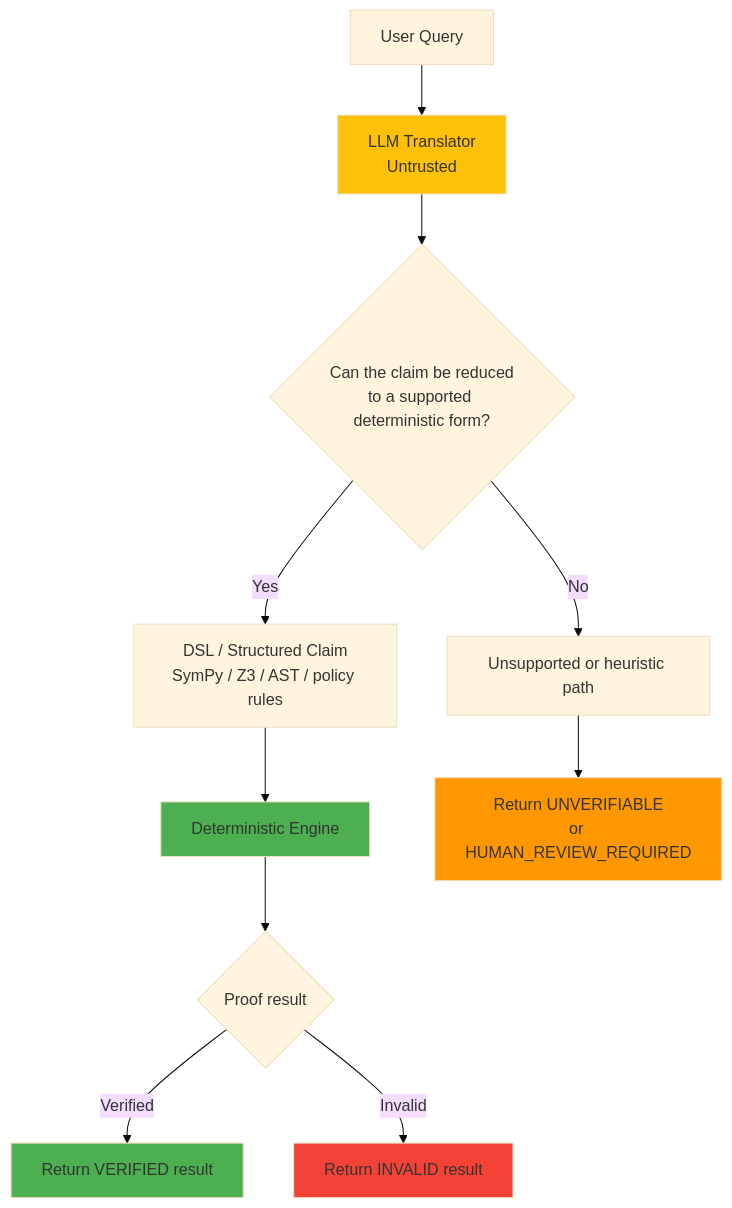
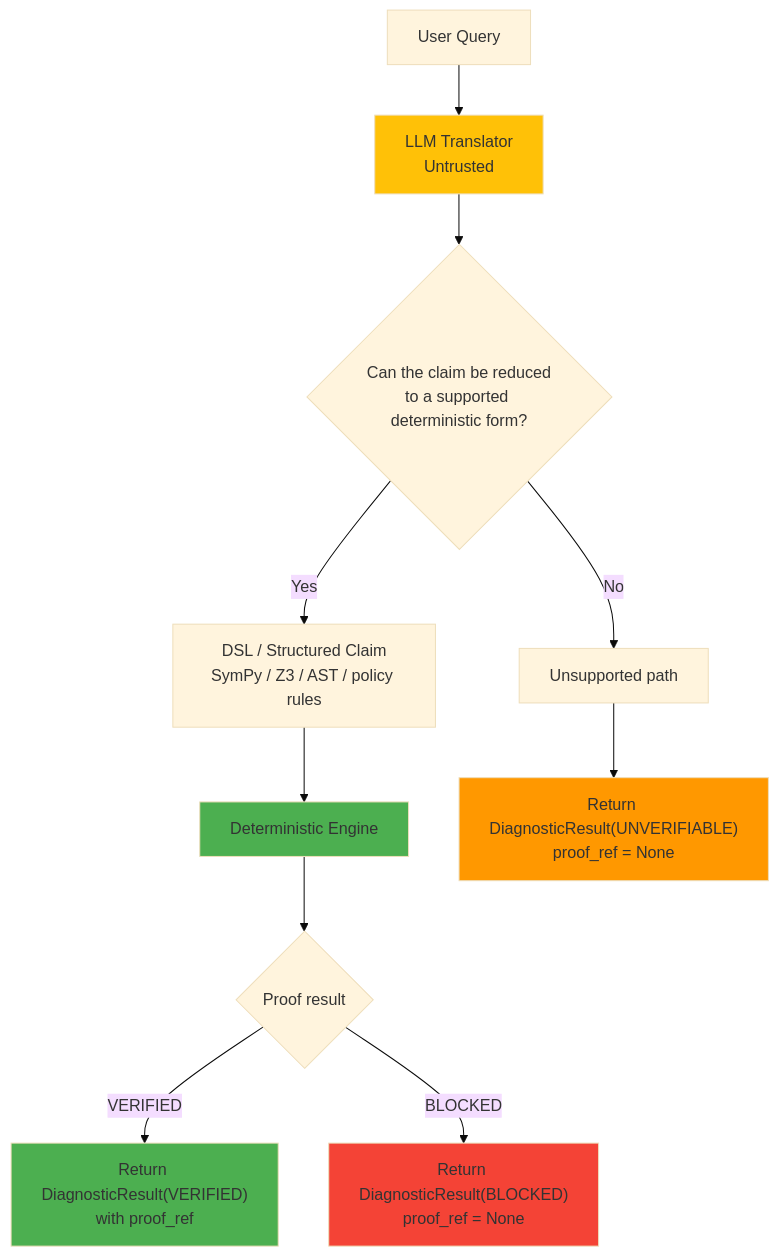
The first of 5 diagrams in ARCHITECTURE.md (QWED-AI/qwed-learning), drawn with Mermaid (base theme) before and after one commit. The commit also changed other lines of this file and 16 other files, not shown here.

Commit message:
feat: migrate curriculum from VerificationResult to DiagnosticResult (#7)

````diff
--- a/ARCHITECTURE.md
+++ b/ARCHITECTURE.md
@@ -11,18 +11,18 @@
 ```mermaid
 graph TB
     A["User Query"] --> B["LLM Translator<br/>Untrusted"]
     B --> C{"Can the claim be reduced<br/>to a supported deterministic form?"}
     C -->|Yes| D["DSL / Structured Claim<br/>SymPy / Z3 / AST / policy rules"]
-    C -->|No| E["Unsupported or heuristic path"]
+    C -->|No| E["Unsupported path"]
     D --> F["Deterministic Engine"]
     F --> G{"Proof result"}
-    G -->|Verified| H["Return VERIFIED result"]
-    G -->|Invalid| I["Return INVALID result"]
-    E --> J["Return UNVERIFIABLE<br/>or HUMAN_REVIEW_REQUIRED"]
+    G -->|VERIFIED| H["Return DiagnosticResult(VERIFIED)<br/>with proof_ref"]
+    G -->|BLOCKED| I["Return DiagnosticResult(BLOCKED)<br/>proof_ref = None"]
+    E --> J["Return DiagnosticResult(UNVERIFIABLE)<br/>proof_ref = None"]
 
     style B fill:#ffc107
     style F fill:#4caf50
     style H fill:#4caf50
     style I fill:#f44336
     style J fill:#ff9800
 ```
````
